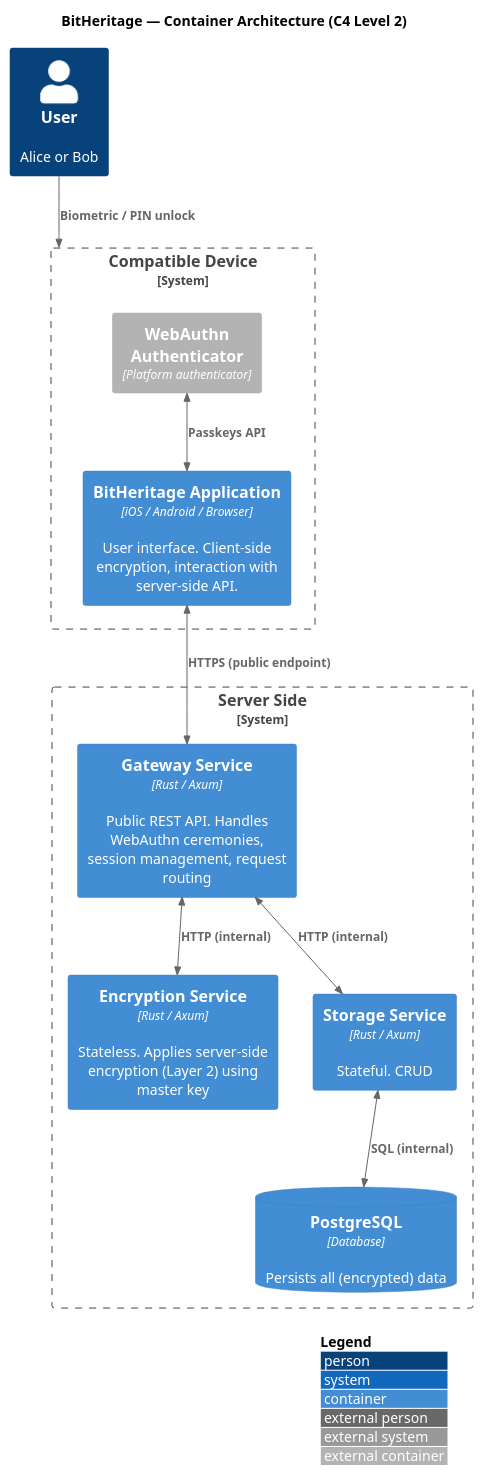
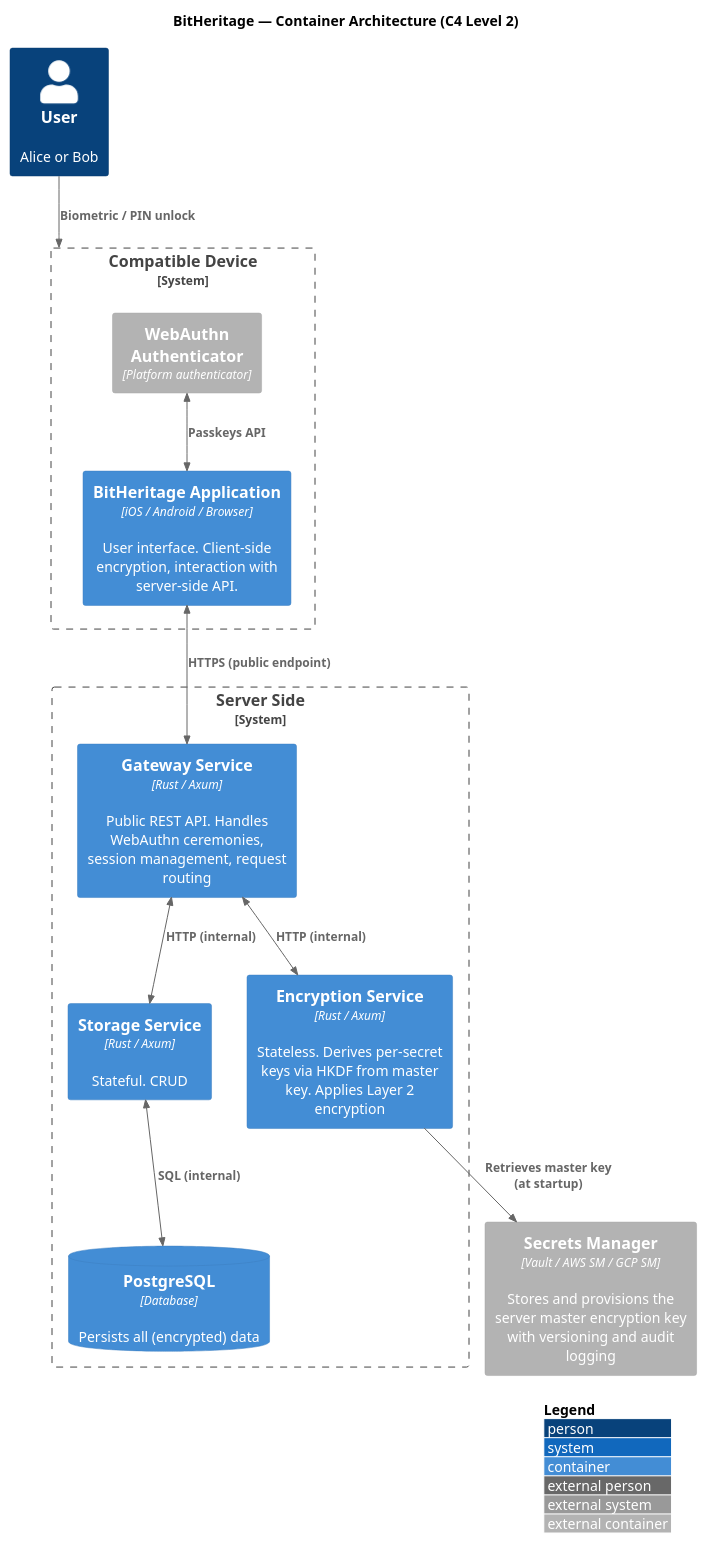
The diagram in puml/arch-2-c4-container.puml (bitheritage/whitepaper), drawn with PlantUML before and after one commit. The commit also changed 5 other files, not shown here.

```diff
--- a/puml/arch-2-c4-container.puml
+++ b/puml/arch-2-c4-container.puml
@@ -1,28 +1,31 @@
 @startuml
 !include <C4/C4_Container>
 
 title BitHeritage — Container Architecture (C4 Level 2)
 
 Person(user, "User", "Alice or Bob")
 
 System_Boundary(client, "Compatible Device") {
     Container_Ext(authenticator, "WebAuthn Authenticator", "Platform authenticator", "")
     Container(app, "BitHeritage Application", "iOS / Android / Browser", "User interface. Client-side encryption, interaction with server-side API.")
 }
 
 System_Boundary(server, "Server Side") {
     Container(gateway, "Gateway Service", "Rust / Axum", "Public REST API. Handles WebAuthn ceremonies, session management, request routing")
-    Container(encryption, "Encryption Service", "Rust / Axum", "Stateless. Applies server-side encryption (Layer 2) using master key")
+    Container(encryption, "Encryption Service", "Rust / Axum", "Stateless. Derives per-secret keys via HKDF from master key. Applies Layer 2 encryption")
     Container(storage, "Storage Service", "Rust / Axum", "Stateful. CRUD")
     ContainerDb(db, "PostgreSQL", "Database", "Persists all (encrypted) data")
 }
+
+Container_Ext(secrets_mgr, "Secrets Manager", "Vault / AWS SM / GCP SM", "Stores and provisions the server master encryption key with versioning and audit logging")
 
 Rel(user, client, "Biometric / PIN unlock")
 BiRel(authenticator, app, "Passkeys API")
 BiRel(app, gateway, "HTTPS (public endpoint)")
 BiRel(gateway, encryption, "HTTP (internal)")
 BiRel(gateway, storage, "HTTP (internal)")
 BiRel(storage, db, "SQL (internal)")
+Rel(encryption, secrets_mgr, "Retrieves master key\n(at startup)")
 
 LAYOUT_WITH_LEGEND()
 @enduml
```
